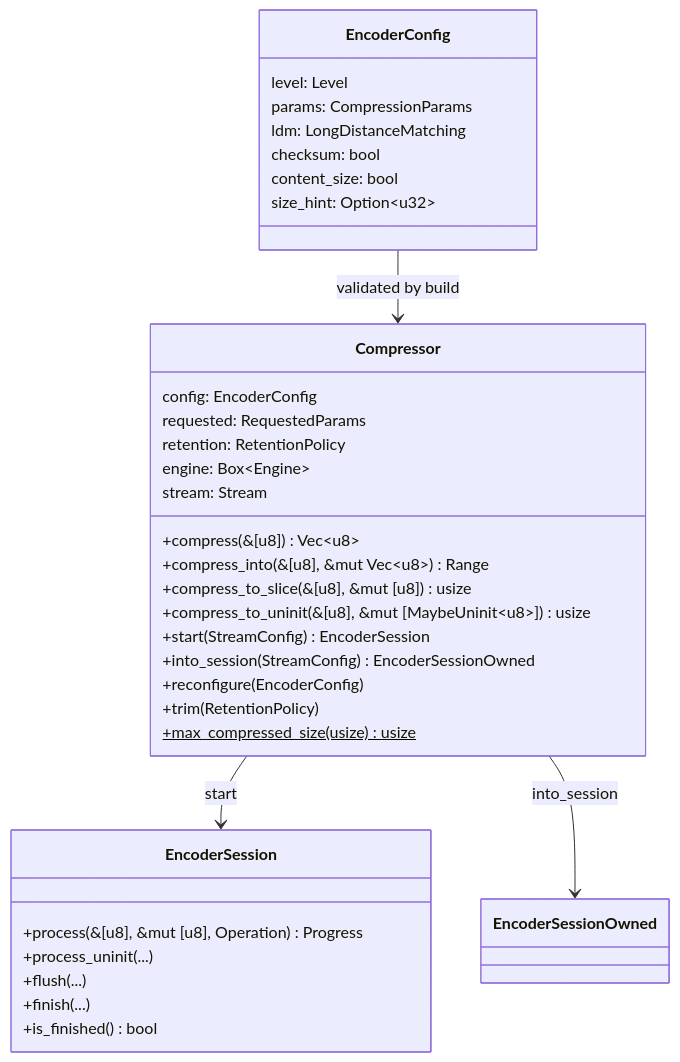
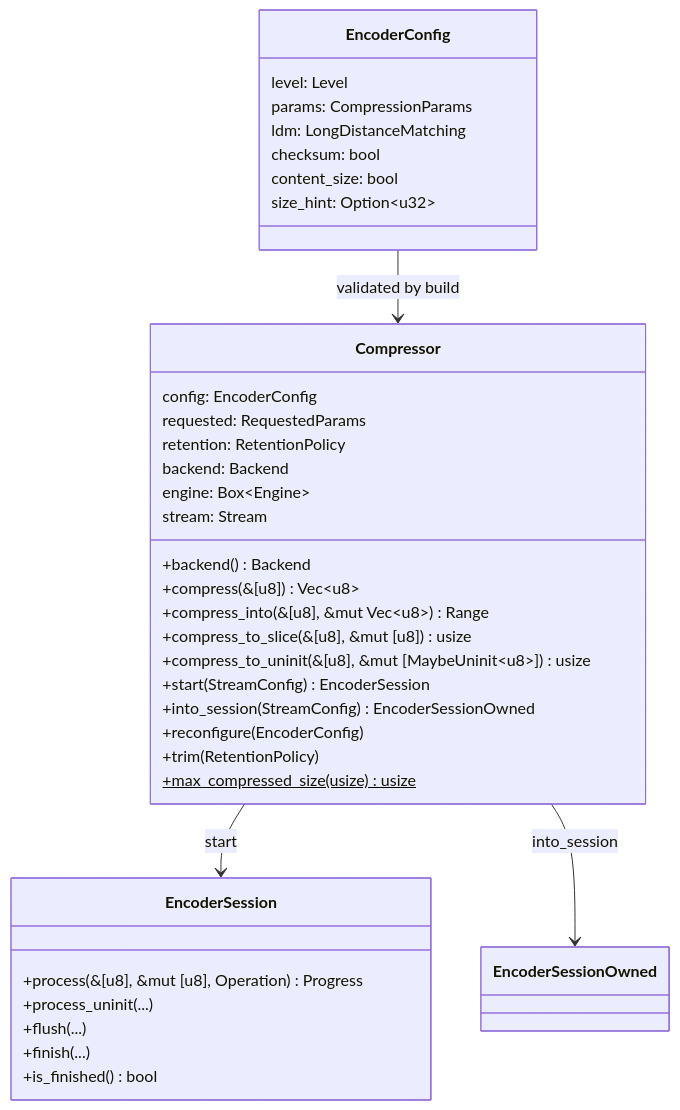
One commit to M-Compressors/mzstd changed the second of 5 diagrams in architecture/compressor.md. Above: the diagram before and after it, drawn with Mermaid. The commit also changed other lines of this file and 52 other files, not shown here.

````diff
--- a/architecture/compressor.md
+++ b/architecture/compressor.md
@@ -44,37 +44,39 @@
 ```mermaid
 classDiagram
     class EncoderConfig {
         level: Level
         params: CompressionParams
         ldm: LongDistanceMatching
         checksum: bool
         content_size: bool
         size_hint: Option~u32~
     }
     class Compressor {
         config: EncoderConfig
         requested: RequestedParams
         retention: RetentionPolicy
+        backend: Backend
         engine: Box~Engine~
         stream: Stream
+        +backend() Backend
         +compress(&[u8]) Vec~u8~
         +compress_into(&[u8], &mut Vec~u8~) Range
         +compress_to_slice(&[u8], &mut [u8]) usize
         +compress_to_uninit(&[u8], &mut [MaybeUninit~u8~]) usize
         +start(StreamConfig) EncoderSession
         +into_session(StreamConfig) EncoderSessionOwned
         +reconfigure(EncoderConfig)
         +trim(RetentionPolicy)
         +max_compressed_size(usize)$ usize
     }
     class EncoderSession {
         +process(&[u8], &mut [u8], Operation) Progress
         +process_uninit(...)
         +flush(...)
         +finish(...)
         +is_finished() bool
     }
     EncoderConfig --> Compressor : validated by build
     Compressor --> EncoderSession : start
     Compressor --> EncoderSessionOwned : into_session
 ```
````
